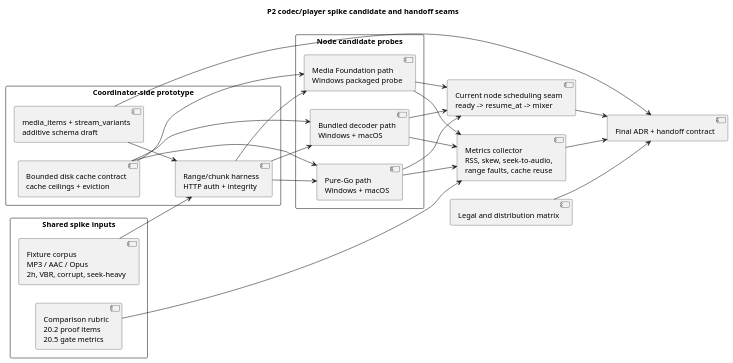
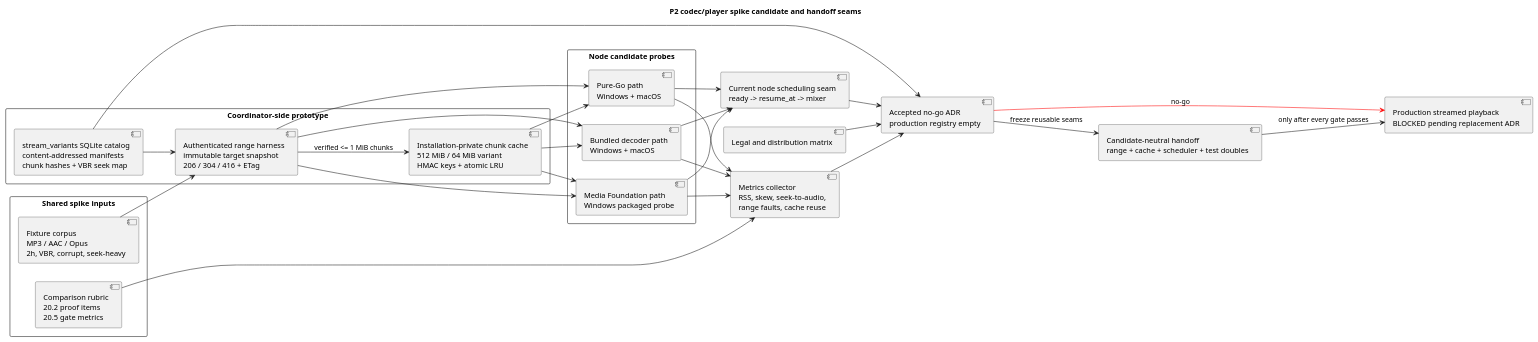
Before and after one commit to relux-works/barycenter: the diagram in .task-board/.resources/TASK-260712-2eympi/p2-codec-player-spike-components.puml, drawn with PlantUML. The commit also changed 9 other files, not shown here.

```diff
--- a/.task-board/.resources/TASK-260712-2eympi/p2-codec-player-spike-components.puml
+++ b/.task-board/.resources/TASK-260712-2eympi/p2-codec-player-spike-components.puml
@@ -1,48 +1,54 @@
 @startuml
 title P2 codec/player spike candidate and handoff seams
 left to right direction
 skinparam packageStyle rectangle
 
 package "Shared spike inputs" {
   component "Fixture corpus\nMP3 / AAC / Opus\n2h, VBR, corrupt, seek-heavy" as Fixtures
   component "Comparison rubric\n20.2 proof items\n20.5 gate metrics" as Rubric
 }
 
 package "Coordinator-side prototype" {
-  component "media_items + stream_variants\nadditive schema draft" as Variants
-  component "Range/chunk harness\nHTTP auth + integrity" as RangeHarness
-  component "Bounded disk cache contract\ncache ceilings + eviction" as CacheContract
+  component "stream_variants SQLite catalog\ncontent-addressed manifests\nchunk hashes + VBR seek map" as Variants
+  component "Authenticated range harness\nimmutable target snapshot\n206 / 304 / 416 + ETag" as RangeHarness
+  component "Installation-private chunk cache\n512 MiB / 64 MiB variant\nHMAC keys + atomic LRU" as CacheContract
 }
 
 package "Node candidate probes" {
   component "Pure-Go path\nWindows + macOS" as PureGo
   component "Media Foundation path\nWindows packaged probe" as MF
   component "Bundled decoder path\nWindows + macOS" as Bundled
 }
 
 component "Current node scheduling seam\nready -> resume_at -> mixer" as Scheduler
 component "Metrics collector\nRSS, skew, seek-to-audio,\nrange faults, cache reuse" as Metrics
 component "Legal and distribution matrix" as Legal
-component "Final ADR + handoff contract" as ADR
+component "Accepted no-go ADR\nproduction registry empty" as ADR
+component "Candidate-neutral handoff\nrange + cache + scheduler + test doubles" as Handoff
+component "Production streamed playback\nBLOCKED pending replacement ADR" as Production
 
 Fixtures --> RangeHarness
 Rubric --> Metrics
 Variants --> RangeHarness
+RangeHarness --> CacheContract : verified <= 1 MiB chunks
 CacheContract --> PureGo
 CacheContract --> MF
 CacheContract --> Bundled
 RangeHarness --> PureGo
 RangeHarness --> MF
 RangeHarness --> Bundled
 PureGo --> Scheduler
 MF --> Scheduler
 Bundled --> Scheduler
 PureGo --> Metrics
 MF --> Metrics
 Bundled --> Metrics
 Legal --> ADR
 Metrics --> ADR
 Variants --> ADR
 Scheduler --> ADR
+ADR --> Handoff : freeze reusable seams
+ADR -[#red]-> Production : no-go
+Handoff --> Production : only after every gate passes
 
 @enduml
```
